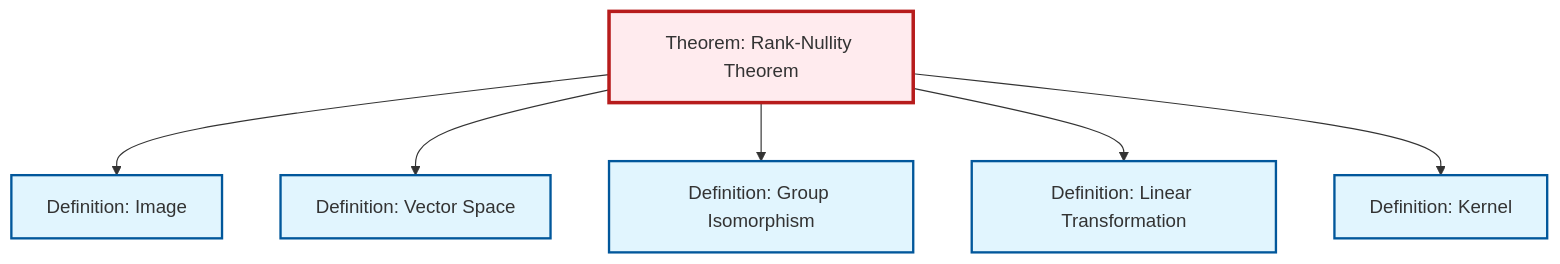
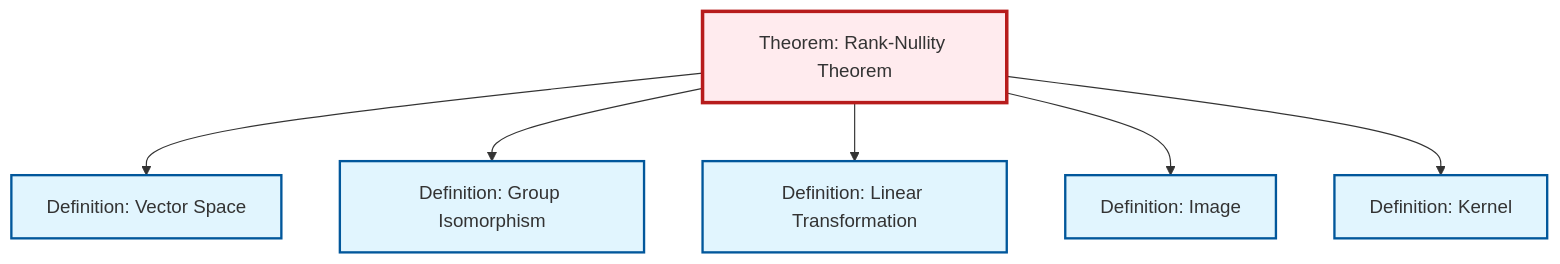
One commit to RK0429/ModernMath changed the diagram in content/en/algebra/thm-rank-nullity.qmd. Above: the diagram before and after it, drawn with Mermaid. The commit also changed other lines of this file and 619 other files, not shown here.

````diff
--- a/content/en/algebra/thm-rank-nullity.qmd
+++ b/content/en/algebra/thm-rank-nullity.qmd
@@ -56,26 +56,26 @@
 ```{mermaid}
 %%| fig-cap: "Local dependency graph"
 graph TD
     classDef definition fill:#e1f5fe,stroke:#01579b,stroke-width:2px
     classDef theorem fill:#f3e5f5,stroke:#4a148c,stroke-width:2px
     classDef axiom fill:#fff3e0,stroke:#e65100,stroke-width:2px
     classDef example fill:#e8f5e9,stroke:#1b5e20,stroke-width:2px
     classDef current fill:#ffebee,stroke:#b71c1c,stroke-width:3px
-    thm-rank-nullity["Theorem: Rank-Nullity Theorem"]:::theorem
-    def-vector-space["Definition: Vector Space"]:::definition
-    def-isomorphism["Definition: Group Isomorphism"]:::definition
     def-kernel["Definition: Kernel"]:::definition
     def-linear-transformation["Definition: Linear Transformation"]:::definition
+    thm-rank-nullity["Theorem: Rank-Nullity Theorem"]:::theorem
+    def-isomorphism["Definition: Group Isomorphism"]:::definition
     def-image["Definition: Image"]:::definition
-    thm-rank-nullity --> def-image
+    def-vector-space["Definition: Vector Space"]:::definition
     thm-rank-nullity --> def-vector-space
     thm-rank-nullity --> def-isomorphism
     thm-rank-nullity --> def-linear-transformation
+    thm-rank-nullity --> def-image
     thm-rank-nullity --> def-kernel
     class thm-rank-nullity current
-    click def-vector-space "def-vector-space.html" "Go to Vector Space definition"
-    click def-isomorphism "def-isomorphism.html" "Go to Group Isomorphism definition"
     click def-kernel "def-kernel.html" "Go to Kernel definition"
     click def-linear-transformation "def-linear-transformation.html" "Go to Linear Transformation definition"
+    click def-isomorphism "def-isomorphism.html" "Go to Group Isomorphism definition"
     click def-image "def-image.html" "Go to Image definition"
+    click def-vector-space "def-vector-space.html" "Go to Vector Space definition"
 ```
````
